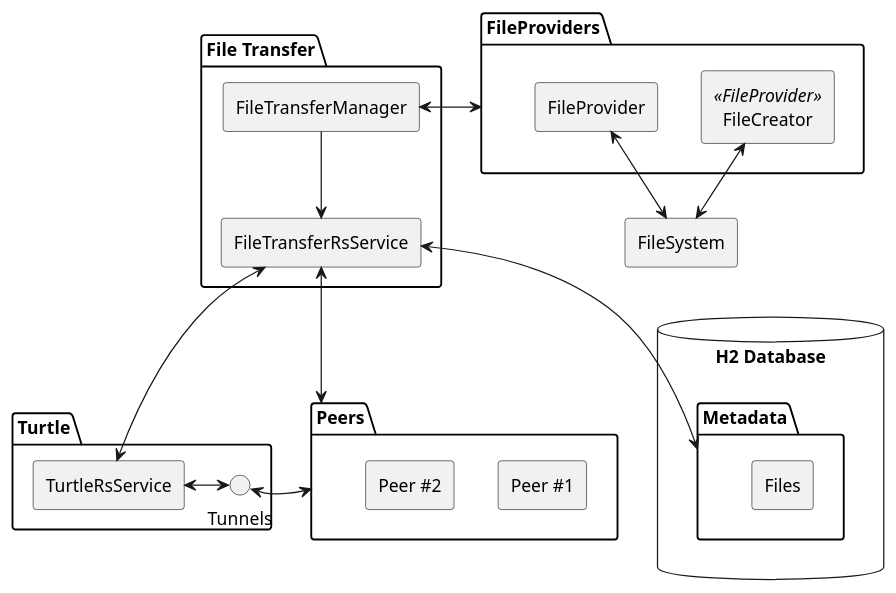
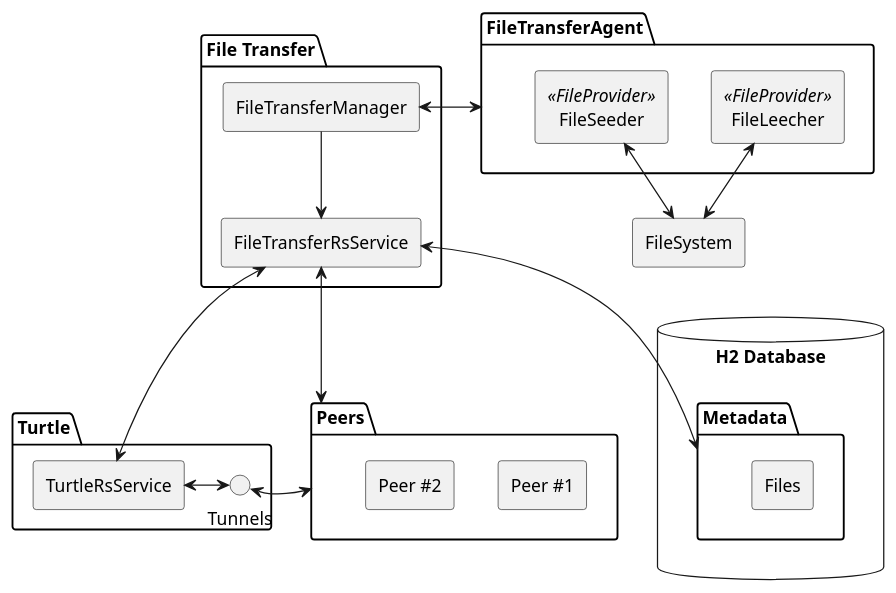
The diagram in app/src/main/java/io/xeres/app/xrs/service/filetransfer/doc-files/filetransfer.puml (zapek/Xeres), drawn with PlantUML before and after one commit. The commit also changed 3 other files, not shown here.

```diff
--- a/app/src/main/java/io/xeres/app/xrs/service/filetransfer/doc-files/filetransfer.puml
+++ b/app/src/main/java/io/xeres/app/xrs/service/filetransfer/doc-files/filetransfer.puml
@@ -1,41 +1,41 @@
 @startuml
 'https://plantuml.com/component-diagram
 skinparam componentStyle rectangle
 
 package "File Transfer" {
   [FileTransferManager] --> [FileTransferRsService]
 }
 
-[FileTransferManager] <-> FileProviders
+[FileTransferManager] <-> FileTransferAgent
 
-package "FileProviders" {
-	[FileCreator] <<FileProvider>>
-	[FileProvider]
+package "FileTransferAgent" {
+	[FileLeecher] <<FileProvider>>
+	[FileSeeder] <<FileProvider>>
 }
 
-[FileProvider] <--> [FileSystem]
-[FileCreator] <--> [FileSystem]
+[FileLeecher] <--> [FileSystem]
+[FileSeeder] <--> [FileSystem]
 
 [FileSystem]
 
 package "Turtle" {
   [TurtleRsService] <-> Tunnels
 }
 
 package "Peers" {
   [Peer #1]
   [Peer #2]
 }
 
 database "H2 Database" {
   folder "Metadata" {
     [Files]
   }
 }
 
 [FileTransferRsService] <--> [TurtleRsService]
 [FileTransferRsService] <--> [Metadata]
 [FileTransferRsService] <--> [Peers]
 [Tunnels] <-> [Peers]
 
 @enduml
```
